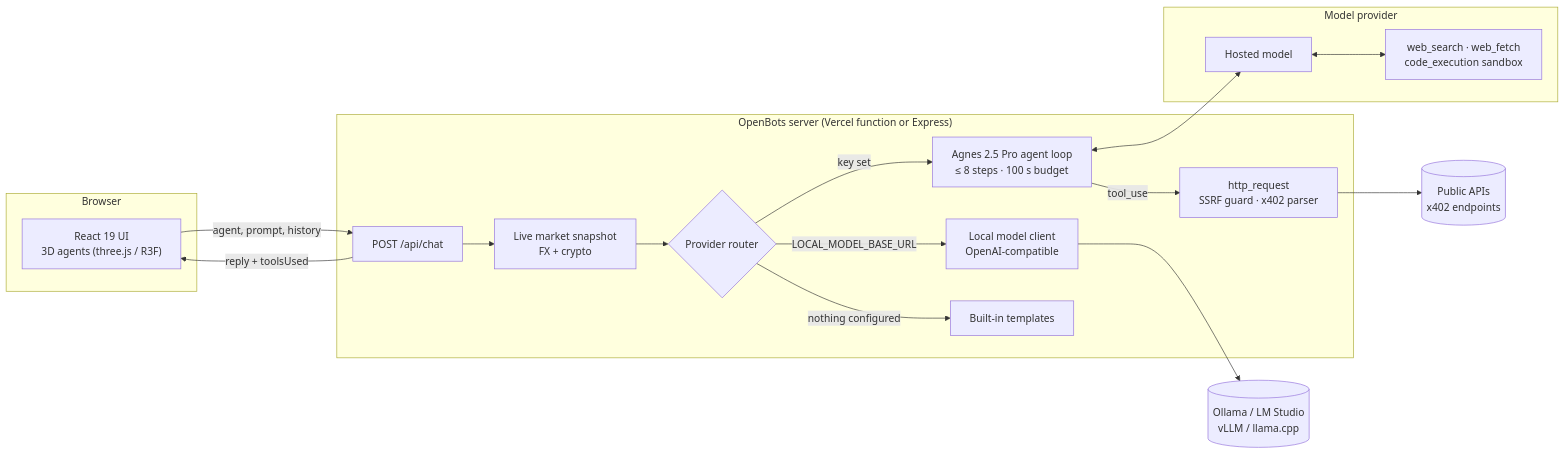
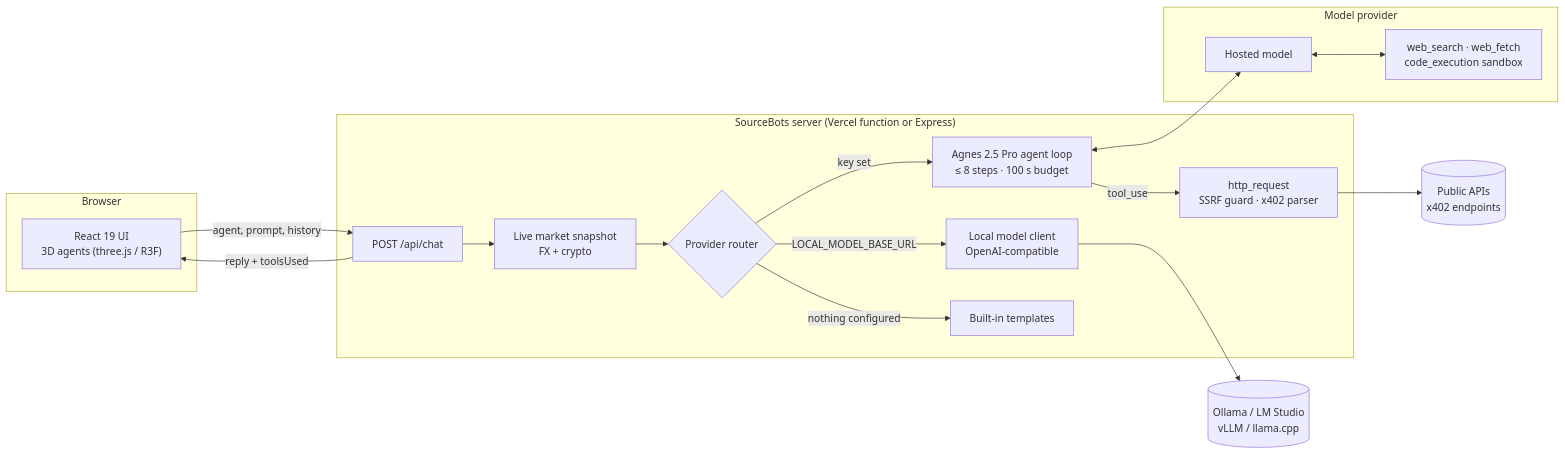
Before and after one commit to alexvladimirovich888/agnes123: the first of 2 diagrams in README.md, drawn with Mermaid. The commit also changed other lines of this file and 68 other files, not shown here.

First line of the commit message:
SourceBots: new brand, 3D agents with faces and props, new landing page

````diff
--- a/README.md
+++ b/README.md
@@ -139,34 +139,34 @@
 ```mermaid
 flowchart LR
     subgraph Browser
         UI["React 19 UI<br/>3D agents (three.js / R3F)"]
     end
 
-    subgraph Server["OpenBots server (Vercel function or Express)"]
+    subgraph Server["SourceBots server (Vercel function or Express)"]
         API["POST /api/chat"]
         MKT["Live market snapshot<br/>FX + crypto"]
         ROUTER{"Provider router"}
         LOOP["Agnes 2.5 Pro agent loop<br/>≤ 8 steps · 100 s budget"]
         HTTP["http_request<br/>SSRF guard · x402 parser"]
         LOCAL["Local model client<br/>OpenAI-compatible"]
         TPL["Built-in templates"]
     end
 
     subgraph Provider["Model provider"]
         LLM["Hosted model"]
         SRV["web_search · web_fetch<br/>code_execution sandbox"]
     end
 
     OLL[("Ollama / LM Studio<br/>vLLM / llama.cpp")]
     PUB[("Public APIs<br/>x402 endpoints")]
 
     UI -- "agent, prompt, history" --> API
     API --> MKT --> ROUTER
     ROUTER -- "key set" --> LOOP
     ROUTER -- "LOCAL_MODEL_BASE_URL" --> LOCAL --> OLL
     ROUTER -- "nothing configured" --> TPL
     LOOP <--> LLM
     LLM <--> SRV
     LOOP -- "tool_use" --> HTTP --> PUB
     API -- "reply + toolsUsed" --> UI
 ```
````
